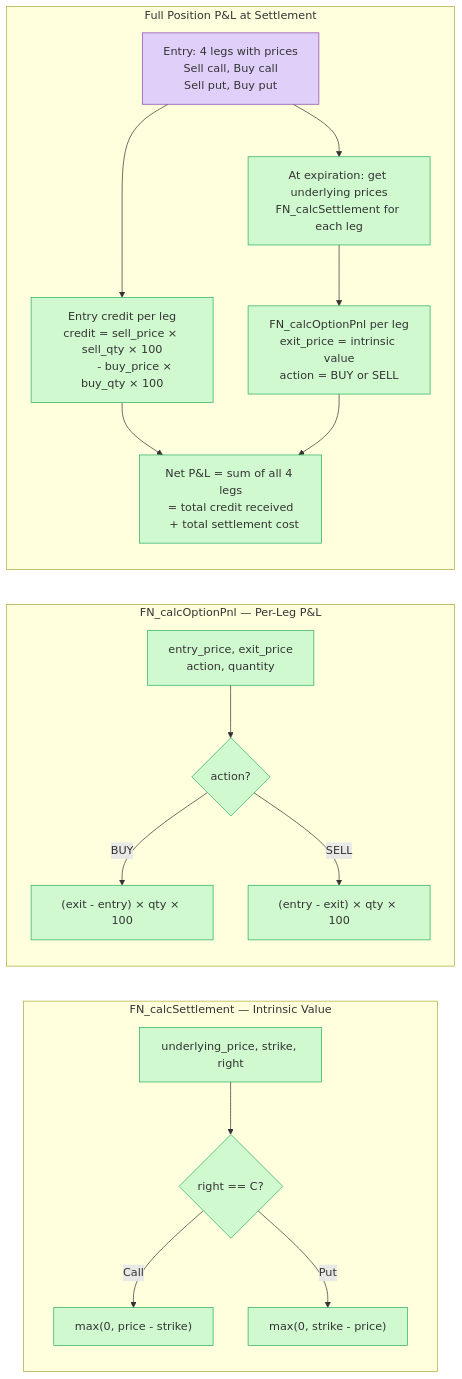
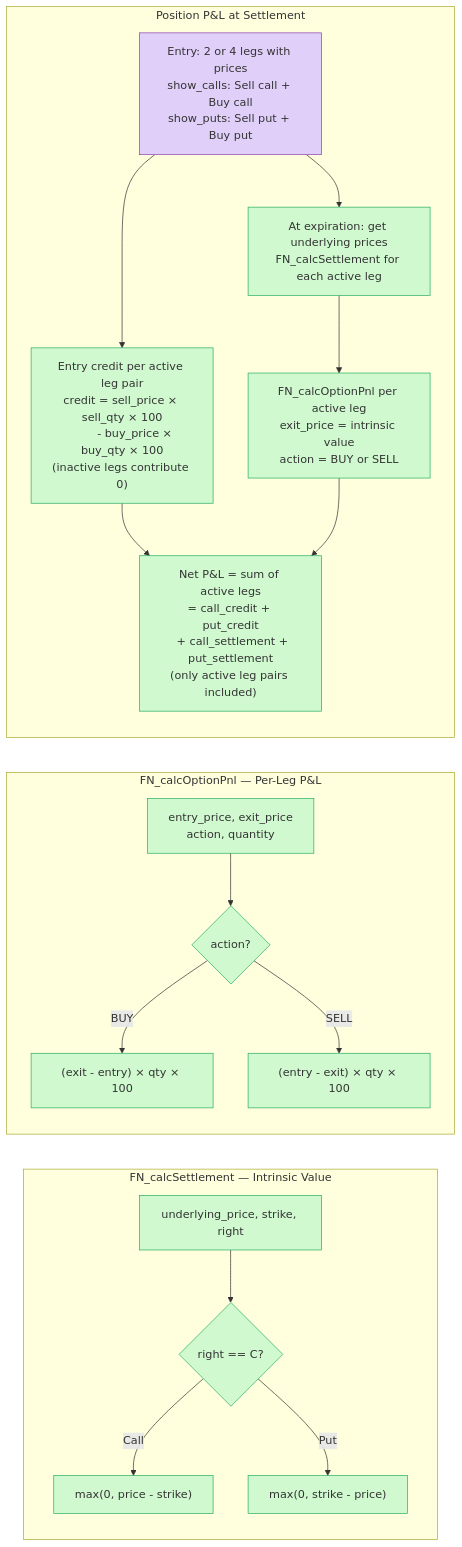
Before and after one commit to johnnyohwishingtree/optionsarbitrage: the diagram in docs/architecture/flow-pnl-settlement.mmd, drawn with Mermaid. The commit also changed 7 other files, not shown here.

```diff
--- a/docs/architecture/flow-pnl-settlement.mmd
+++ b/docs/architecture/flow-pnl-settlement.mmd
@@ -1,51 +1,51 @@
 %% Flow: P&L and Settlement Calculations
-%% Updated: 2026-02-13
+%% Updated: 2026-02-14
 %% Source: src/pnl.py
 
 flowchart LR
     subgraph FN_calcSettlement["FN_calcSettlement — Intrinsic Value"]
         S_INPUT["underlying_price, strike, right"]:::function
         S_CALL{"right == C?"}:::function
         S_CALL_CALC["max(0, price - strike)"]:::function
         S_PUT_CALC["max(0, strike - price)"]:::function
 
         S_INPUT --> S_CALL
         S_CALL -->|"Call"| S_CALL_CALC
         S_CALL -->|"Put"| S_PUT_CALC
     end
 
     subgraph FN_calcOptionPnl["FN_calcOptionPnl — Per-Leg P&L"]
         P_INPUT["entry_price, exit_price\naction, quantity"]:::function
         P_ACTION{"action?"}:::function
         P_BUY["(exit - entry) × qty × 100"]:::function
         P_SELL["(entry - exit) × qty × 100"]:::function
 
         P_INPUT --> P_ACTION
         P_ACTION -->|"BUY"| P_BUY
         P_ACTION -->|"SELL"| P_SELL
     end
 
-    subgraph FullPosition["Full Position P&L at Settlement"]
-        ENTRY["Entry: 4 legs with prices\nSell call, Buy call\nSell put, Buy put"]:::tab
+    subgraph PositionPnL["Position P&L at Settlement"]
+        ENTRY["Entry: 2 or 4 legs with prices\nshow_calls: Sell call + Buy call\nshow_puts: Sell put + Buy put"]:::tab
 
-        CREDIT["Entry credit per leg\ncredit = sell_price × sell_qty × 100\n        - buy_price × buy_qty × 100"]:::function
+        CREDIT["Entry credit per active leg pair\ncredit = sell_price × sell_qty × 100\n        - buy_price × buy_qty × 100\n(inactive legs contribute 0)"]:::function
 
-        INTRINSIC["At expiration: get underlying prices\nFN_calcSettlement for each leg"]:::function
+        INTRINSIC["At expiration: get underlying prices\nFN_calcSettlement for each active leg"]:::function
 
-        LEG_PNL["FN_calcOptionPnl per leg\nexit_price = intrinsic value\naction = BUY or SELL"]:::function
+        LEG_PNL["FN_calcOptionPnl per active leg\nexit_price = intrinsic value\naction = BUY or SELL"]:::function
 
-        NET["Net P&L = sum of all 4 legs\n= total credit received\n  + total settlement cost"]:::function
+        NET["Net P&L = sum of active legs\n= call_credit + put_credit\n  + call_settlement + put_settlement\n(only active leg pairs included)"]:::function
 
         ENTRY --> CREDIT
         ENTRY --> INTRINSIC
         INTRINSIC --> LEG_PNL
         CREDIT --> NET
         LEG_PNL --> NET
     end
 
     %% Style definitions
     classDef external  fill:#f9d0d0,stroke:#c0392b,color:#333
     classDef module    fill:#d0e0f9,stroke:#2471a3,color:#333
     classDef function  fill:#d0f9d0,stroke:#27ae60,color:#333
     classDef data      fill:#f9e4d0,stroke:#e67e22,color:#333
     classDef tab       fill:#e0d0f9,stroke:#8e44ad,color:#333
```
